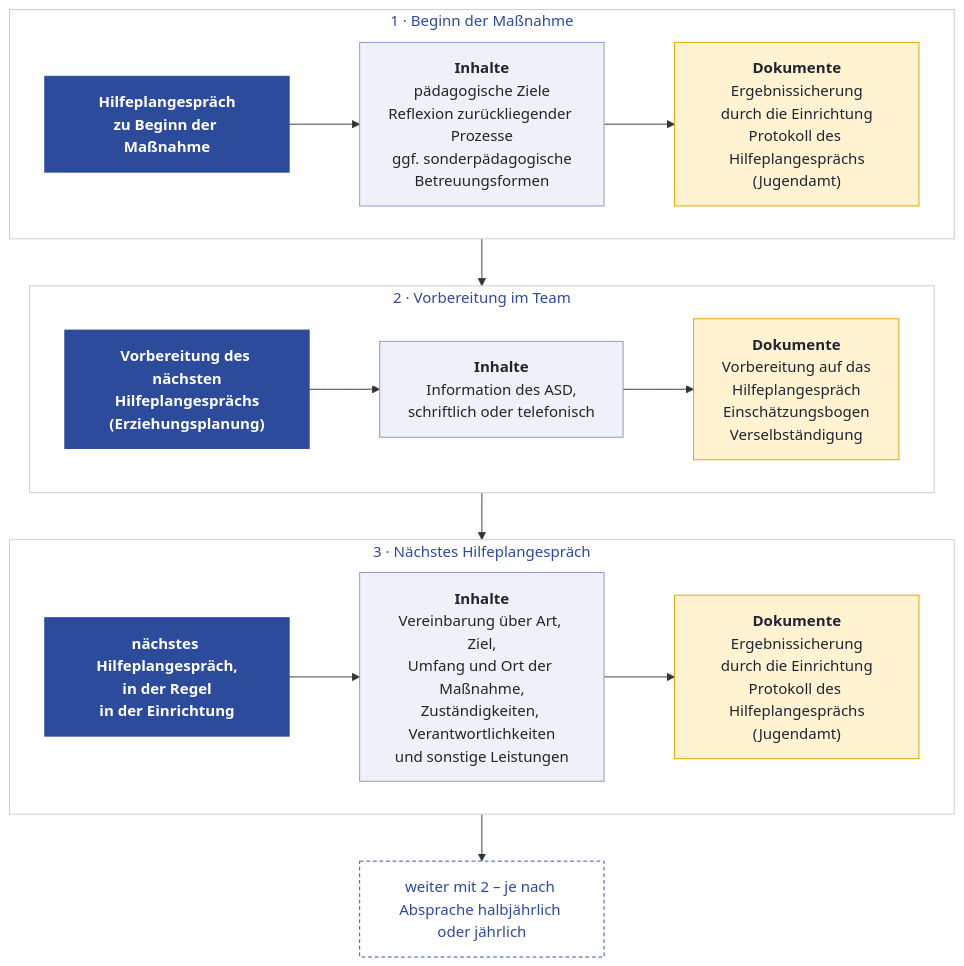
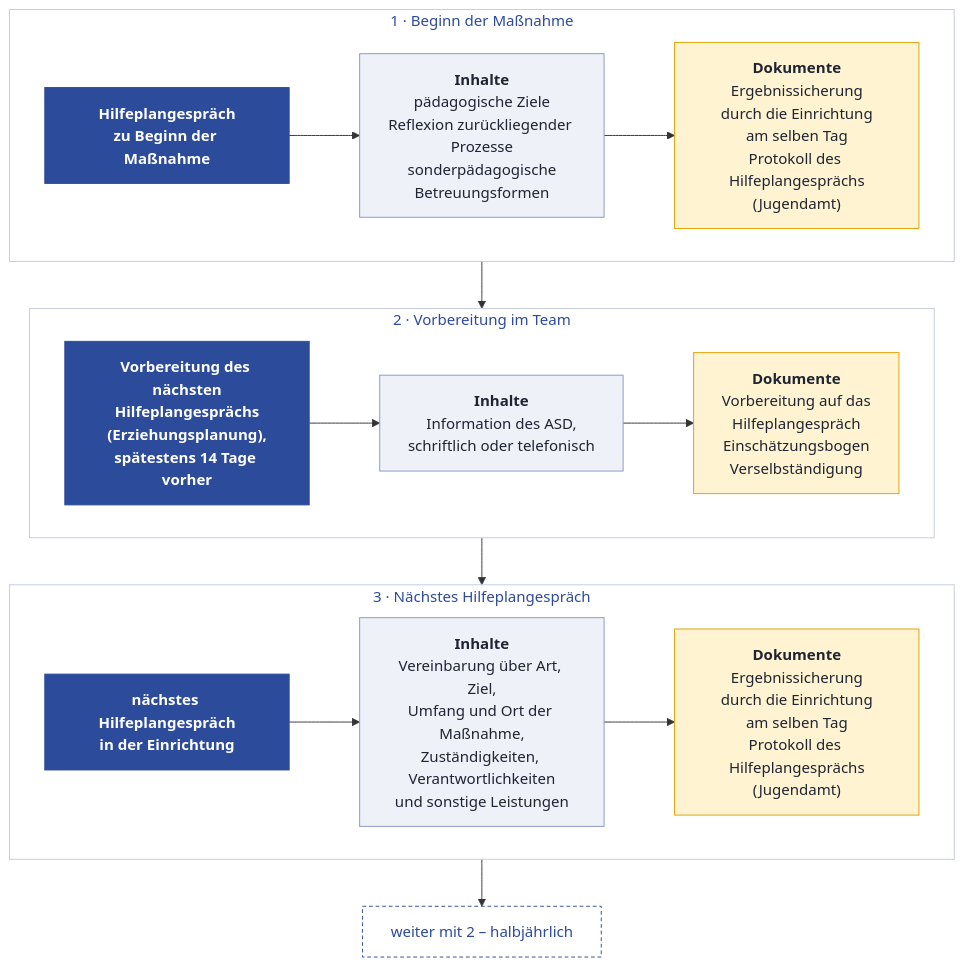
One commit to BSBSWS/qm changed the diagram in handbuch/9.1.4_hilfeplanung-stationaer.md. Above: the diagram before and after it, drawn with Mermaid. The commit also changed other lines of this file and 8 other files, not shown here.

````diff
--- a/handbuch/9.1.4_hilfeplanung-stationaer.md
+++ b/handbuch/9.1.4_hilfeplanung-stationaer.md
@@ -49,28 +51,28 @@
 ```mermaid
 flowchart TB
     subgraph P1["1 · Beginn der Maßnahme"]
         direction LR
-        A["Hilfeplangespräch<br/>zu Beginn der Maßnahme"] --> A1["<b>Inhalte</b><br/>pädagogische Ziele<br/>Reflexion zurückliegender Prozesse<br/>ggf. sonderpädagogische<br/>Betreuungsformen"] --> A2["<b>Dokumente</b><br/>Ergebnissicherung<br/>durch die Einrichtung<br/>Protokoll des Hilfeplangesprächs<br/>(Jugendamt)"]
+        A["Hilfeplangespräch<br/>zu Beginn der Maßnahme"] --> A1["<b>Inhalte</b><br/>pädagogische Ziele<br/>Reflexion zurückliegender Prozesse<br/>sonderpädagogische<br/>Betreuungsformen"] --> A2["<b>Dokumente</b><br/>Ergebnissicherung<br/>durch die Einrichtung<br/>am selben Tag<br/>Protokoll des Hilfeplangesprächs<br/>(Jugendamt)"]
     end
     subgraph P2["2 · Vorbereitung im Team"]
         direction LR
-        B["Vorbereitung des nächsten<br/>Hilfeplangesprächs<br/>(Erziehungsplanung)"] --> B1["<b>Inhalte</b><br/>Information des ASD,<br/>schriftlich oder telefonisch"] --> B2["<b>Dokumente</b><br/>Vorbereitung auf das<br/>Hilfeplangespräch<br/>Einschätzungsbogen<br/>Verselbständigung"]
+        B["Vorbereitung des nächsten<br/>Hilfeplangesprächs<br/>(Erziehungsplanung),<br/>spätestens 14 Tage vorher"] --> B1["<b>Inhalte</b><br/>Information des ASD,<br/>schriftlich oder telefonisch"] --> B2["<b>Dokumente</b><br/>Vorbereitung auf das<br/>Hilfeplangespräch<br/>Einschätzungsbogen<br/>Verselbständigung"]
     end
     subgraph P3["3 · Nächstes Hilfeplangespräch"]
         direction LR
-        C["nächstes Hilfeplangespräch,<br/>in der Regel<br/>in der Einrichtung"] --> C1["<b>Inhalte</b><br/>Vereinbarung über Art, Ziel,<br/>Umfang und Ort der Maßnahme,<br/>Zuständigkeiten, Verantwortlichkeiten<br/>und sonstige Leistungen"] --> C2["<b>Dokumente</b><br/>Ergebnissicherung<br/>durch die Einrichtung<br/>Protokoll des Hilfeplangesprächs<br/>(Jugendamt)"]
+        C["nächstes Hilfeplangespräch<br/>in der Einrichtung"] --> C1["<b>Inhalte</b><br/>Vereinbarung über Art, Ziel,<br/>Umfang und Ort der Maßnahme,<br/>Zuständigkeiten, Verantwortlichkeiten<br/>und sonstige Leistungen"] --> C2["<b>Dokumente</b><br/>Ergebnissicherung<br/>durch die Einrichtung<br/>am selben Tag<br/>Protokoll des Hilfeplangesprächs<br/>(Jugendamt)"]
     end
-    W["weiter mit 2 – je nach Absprache halbjährlich oder jährlich"]
+    W["weiter mit 2 – halbjährlich"]
     P1 --> P2 --> P3 --> W
     classDef schritt fill:#2D4B9B,stroke:#2D4B9B,color:#FFFFFF,font-weight:bold
     classDef inhalt fill:#EEF1F8,stroke:#8A96C4,color:#1F2433
     classDef dokument fill:#FFF3D1,stroke:#E0A100,color:#1F2433
     classDef turnus fill:#FFFFFF,stroke:#2D4B9B,color:#2D4B9B,stroke-dasharray:4 3
     class A,B,C schritt
     class A1,B1,C1 inhalt
     class A2,B2,C2 dokument
     class W turnus
     style P1 fill:#FFFFFF,stroke:#C5CBE0,color:#2D4B9B
     style P2 fill:#FFFFFF,stroke:#C5CBE0,color:#2D4B9B
     style P3 fill:#FFFFFF,stroke:#C5CBE0,color:#2D4B9B
 ```
````
